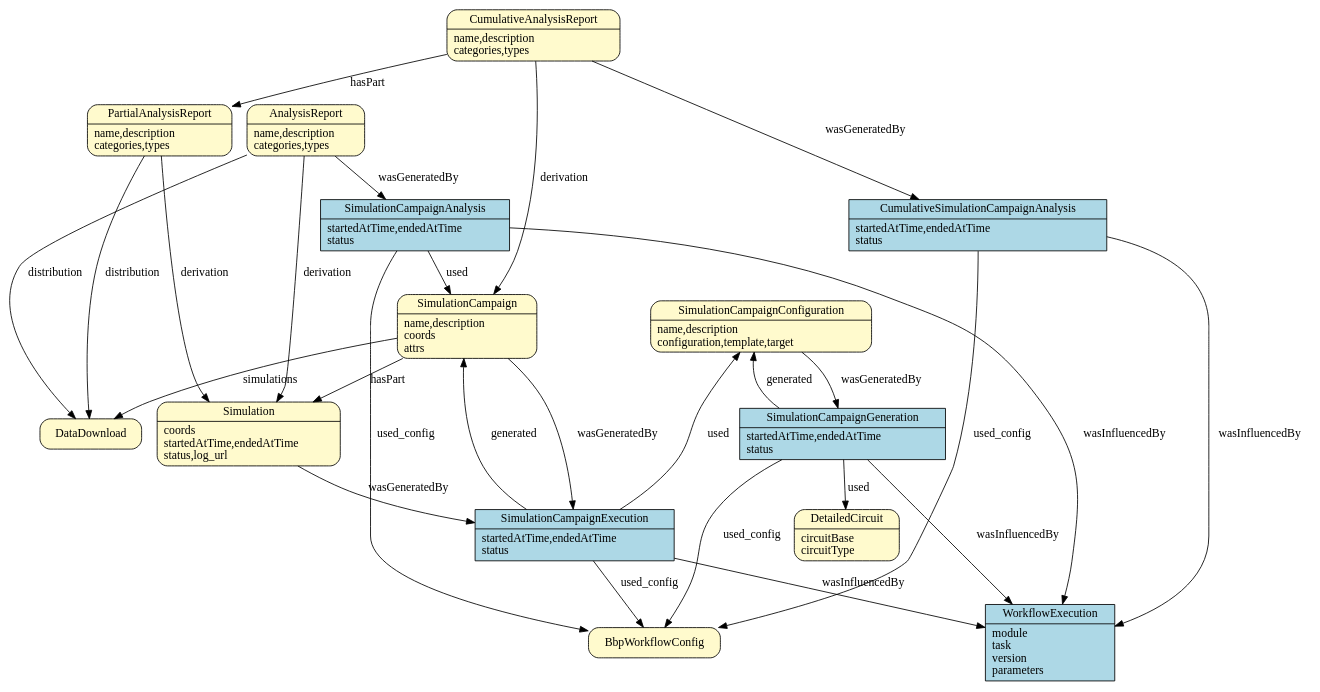
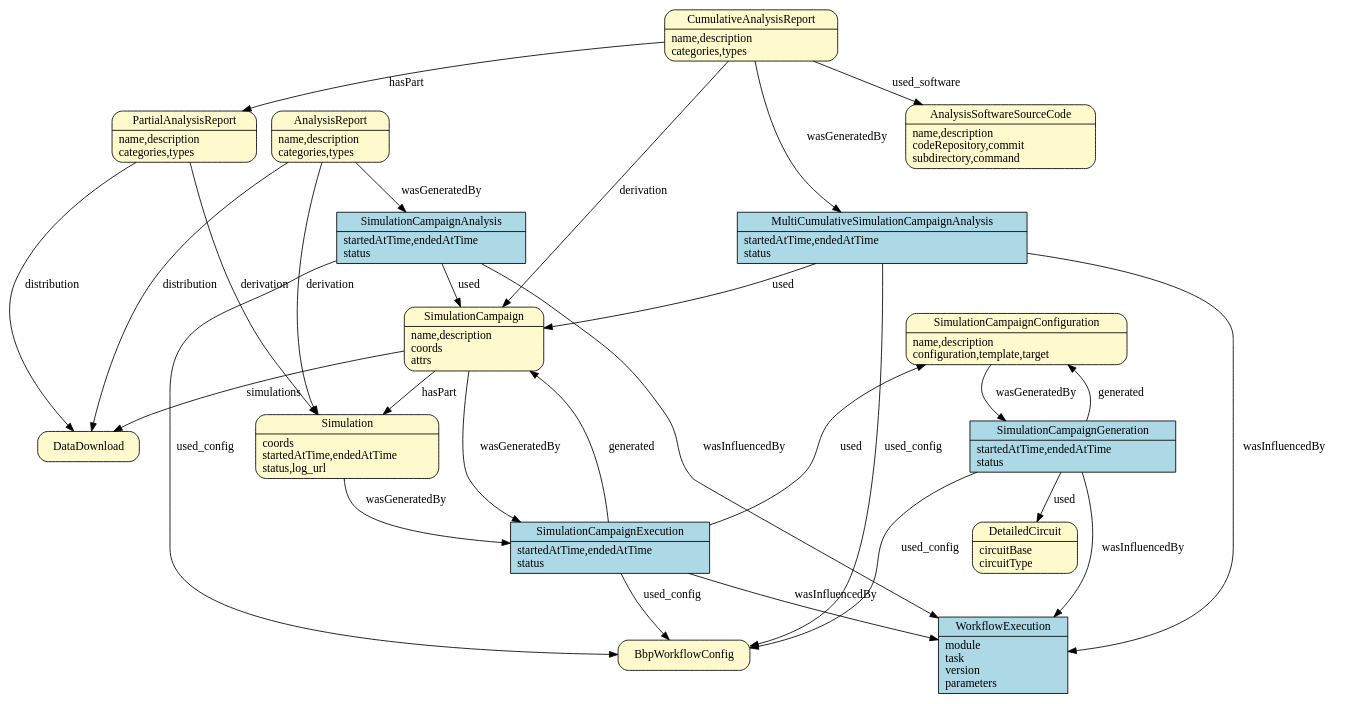
The fourth of 4 diagrams in doc/source/prov_patterns.rst (BlueBrain/entity-management), drawn with Graphviz before and after one commit.

Commit message:
Support multiple analyses generated in the same workflow
Replace the activity CumulativeSimulationCampaignAnalysis with MultiCumulativeSimulationCampaignAnalysis

Add CumulativeAnalysisReport -> AnalysisSoftwareSourceCode

```diff
--- a/doc/source/prov_patterns.rst
+++ b/doc/source/prov_patterns.rst
@@ -137,10 +137,10 @@
             href = "../generated/entity_management.simulation.html#entity_management.simulation.SimulationCampaignAnalysis"
             target = "_top"
         ]
-        CumulativeSimulationCampaignAnalysis [
+        MultiCumulativeSimulationCampaignAnalysis [
             shape = record style = filled fillcolor = lightblue
-            label = "{CumulativeSimulationCampaignAnalysis|startedAtTime,endedAtTime\lstatus\l}"
-            href = "../generated/entity_management.simulation.html#entity_management.simulation.CumulativeSimulationCampaignAnalysis"
+            label = "{MultiCumulativeSimulationCampaignAnalysis|startedAtTime,endedAtTime\lstatus\l}"
+            href = "../generated/entity_management.simulation.html#entity_management.simulation.MultiCumulativeSimulationCampaignAnalysis"
             target = "_top"
         ]
         AnalysisReport [
@@ -161,6 +161,12 @@
             href = "../generated/entity_management.simulation.html#entity_management.simulation.CumulativeAnalysisReport"
             target = "_top"
         ]
+        AnalysisSoftwareSourceCode [
+            shape = Mrecord style = filled fillcolor = lemonchiffon
+            label = "{AnalysisSoftwareSourceCode|name,description\lcodeRepository,commit\lsubdirectory,command\l}"
+            href = "../generated/entity_management.simulation.html#entity_management.simulation.AnalysisSoftwareSourceCode"
+            target = "_top"
+        ]
         WorkflowExecution [
             shape = record style = filled fillcolor = lightblue
             label = "{WorkflowExecution|module\ltask\lversion\lparameters\l}"
@@ -169,7 +175,7 @@
         ]
         { rank=same SimulationCampaignConfiguration SimulationCampaign }
         { rank=same AnalysisReport PartialAnalysisReport }
-        { rank=same SimulationCampaignAnalysis CumulativeSimulationCampaignAnalysis }
+        { rank=same SimulationCampaignAnalysis MultiCumulativeSimulationCampaignAnalysis }
         SimulationCampaignGeneration -> BbpWorkflowConfig [label = "used_config"];
         SimulationCampaignGeneration -> DetailedCircuit [label = "used"];
         SimulationCampaignConfiguration -> SimulationCampaignGeneration [label = "wasGeneratedBy"];
@@ -186,14 +192,16 @@
         SimulationCampaignAnalysis -> BbpWorkflowConfig [label = "used_config"];
         SimulationCampaignAnalysis -> SimulationCampaign [label = "used"];
         SimulationCampaignAnalysis -> WorkflowExecution [label = "wasInfluencedBy"];
-        CumulativeSimulationCampaignAnalysis -> BbpWorkflowConfig [label = "used_config"];
-        CumulativeSimulationCampaignAnalysis -> WorkflowExecution [label = "wasInfluencedBy"];
+        MultiCumulativeSimulationCampaignAnalysis -> BbpWorkflowConfig [label = "used_config"];
+        MultiCumulativeSimulationCampaignAnalysis -> SimulationCampaign [label = "used"];
+        MultiCumulativeSimulationCampaignAnalysis -> WorkflowExecution [label = "wasInfluencedBy"];
         AnalysisReport -> Simulation [label = "derivation"];
         AnalysisReport -> SimulationCampaignAnalysis [label = "wasGeneratedBy"];
         AnalysisReport -> DataDownload [label = "distribution"];
         PartialAnalysisReport -> Simulation [label = "derivation"];
         PartialAnalysisReport -> DataDownload [label = "distribution"];
         CumulativeAnalysisReport -> SimulationCampaign [label = "derivation"];
-        CumulativeAnalysisReport -> CumulativeSimulationCampaignAnalysis [label = "wasGeneratedBy"];
+        CumulativeAnalysisReport -> MultiCumulativeSimulationCampaignAnalysis [label = "wasGeneratedBy"];
         CumulativeAnalysisReport -> PartialAnalysisReport [label = "hasPart"];
+        CumulativeAnalysisReport -> AnalysisSoftwareSourceCode [label = "used_software"];
     }
```
